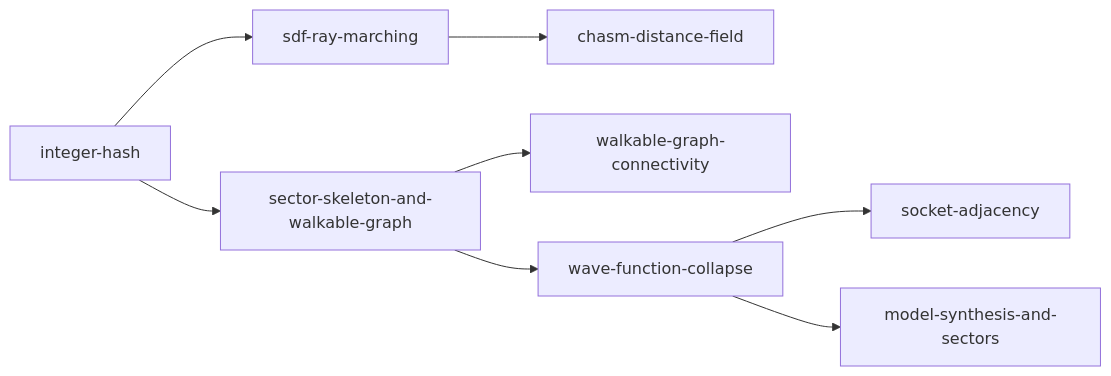
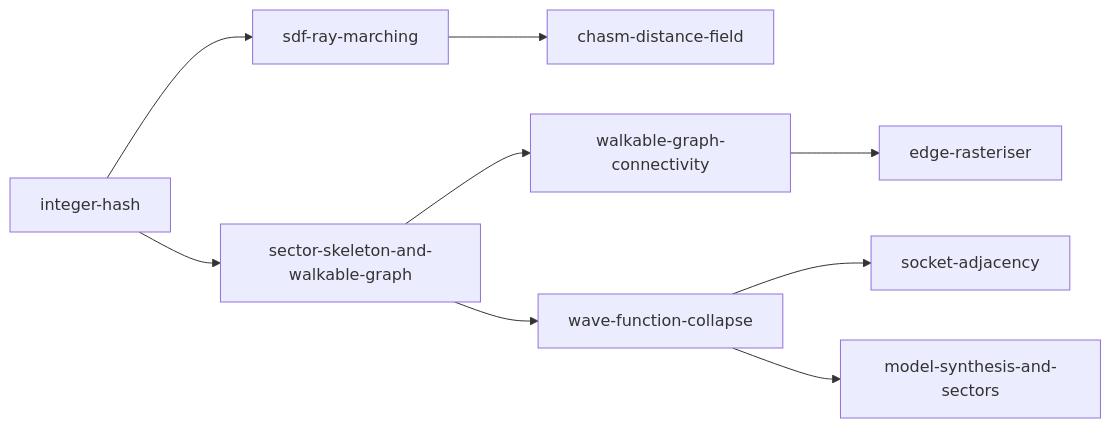
Before and after one commit to seletz/megastructure: the diagram in docs/algorithms/README.md, drawn with Mermaid. The commit also changed other lines of this file and 6 other files, not shown here.

Commit message:
docs(graph): edge rasteriser algorithm note, glossary and code map

````diff
--- a/docs/algorithms/README.md
+++ b/docs/algorithms/README.md
@@ -21,10 +21,11 @@
 ```mermaid
 flowchart LR
     H[integer-hash] --> R[sdf-ray-marching]
     R --> C[chasm-distance-field]
     H --> K[sector-skeleton-and-walkable-graph]
     K --> G[walkable-graph-connectivity]
+    G --> E[edge-rasteriser]
     K --> W[wave-function-collapse]
     W --> S[socket-adjacency]
     W --> M[model-synthesis-and-sectors]
 ```
````
